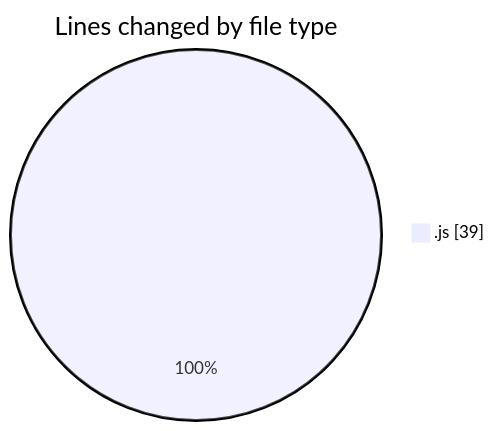
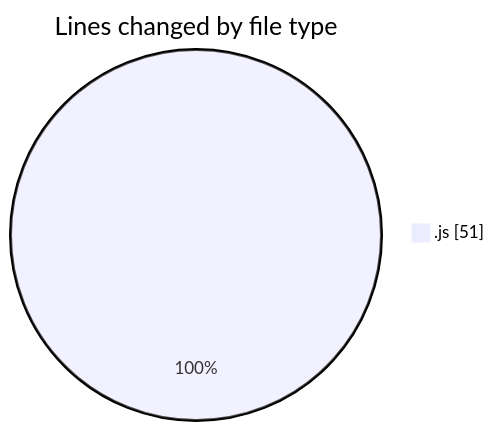
Before and after one commit to BS-eng2023/code-tracking: the first of 2 diagrams in 2025-03-17/jsproject/README.md, drawn with Mermaid. The commit also changed other lines of this file and 1 other file, not shown here.

````diff
--- a/2025-03-17/jsproject/README.md
+++ b/2025-03-17/jsproject/README.md
@@ -20,5 +21,5 @@
 ```mermaid
 pie showData
 title Lines changed by file type
-".js" : 39
+".js" : 51
 ```
````
